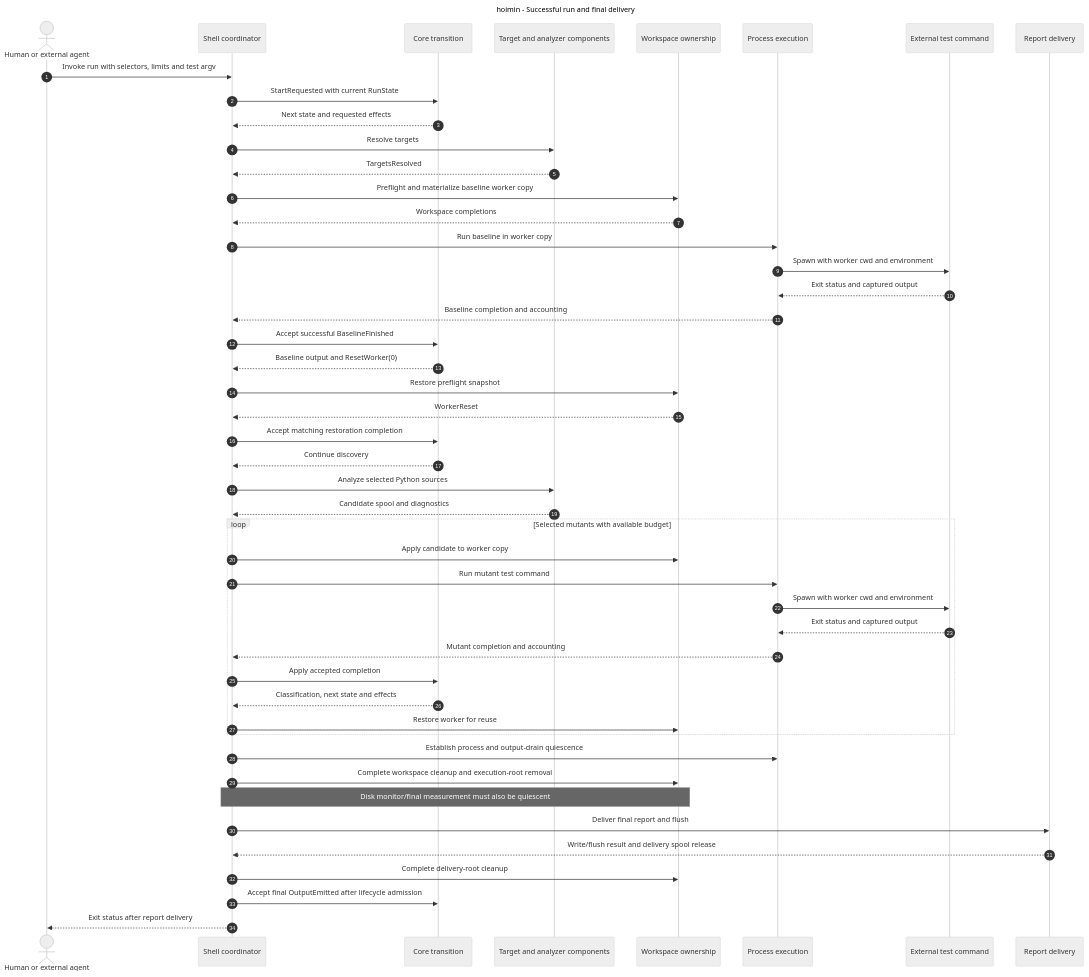
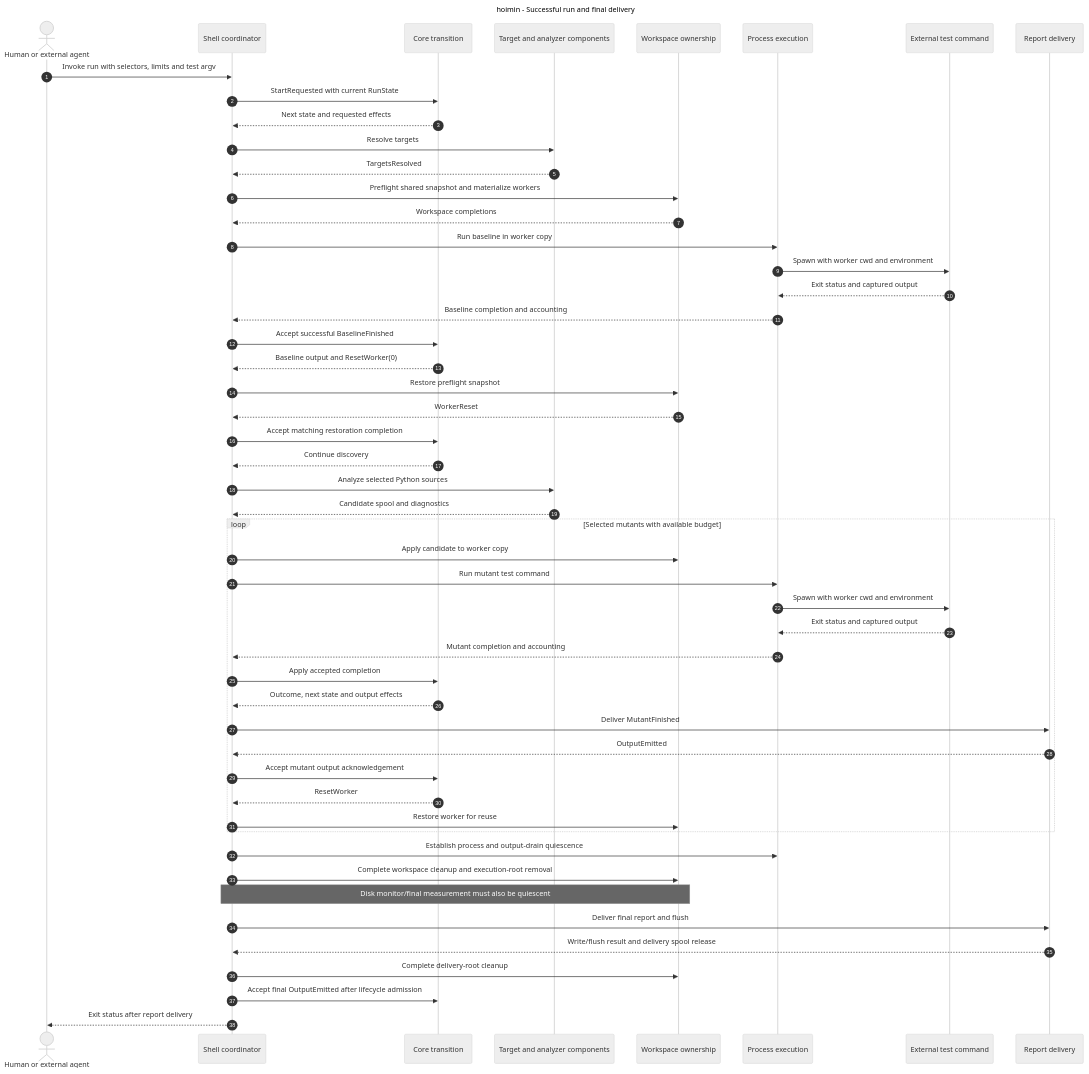
Before and after one commit to HayaoSuzuki/hoimin: the fifth of 5 diagrams in docs/architecture/c4-model.md, drawn with Mermaid (neutral theme). The commit also changed other lines of this file, not shown here.

Commit message:
docs: refresh C4 architecture after recent refactors (#1009)

````diff
--- a/docs/architecture/c4-model.md
+++ b/docs/architecture/c4-model.md
@@ -313,52 +426,56 @@
 ```mermaid
 ---
 title: hoimin - Successful run and final delivery
 ---
 sequenceDiagram
     autonumber
     actor Caller as Human or external agent
     participant Shell as Shell coordinator
     participant Core as Core transition
     participant Inputs as Target and analyzer components
     participant Workspace as Workspace ownership
     participant Process as Process execution
     participant Tests as External test command
     participant Report as Report delivery
     Caller->>Shell: Invoke run with selectors, limits and test argv
     Shell->>Core: StartRequested with current RunState
     Core-->>Shell: Next state and requested effects
     Shell->>Inputs: Resolve targets
     Inputs-->>Shell: TargetsResolved
-    Shell->>Workspace: Preflight and materialize baseline worker copy
+    Shell->>Workspace: Preflight shared snapshot and materialize workers
     Workspace-->>Shell: Workspace completions
     Shell->>Process: Run baseline in worker copy
     Process->>Tests: Spawn with worker cwd and environment
     Tests-->>Process: Exit status and captured output
     Process-->>Shell: Baseline completion and accounting
     Shell->>Core: Accept successful BaselineFinished
     Core-->>Shell: Baseline output and ResetWorker(0)
     Shell->>Workspace: Restore preflight snapshot
     Workspace-->>Shell: WorkerReset
     Shell->>Core: Accept matching restoration completion
     Core-->>Shell: Continue discovery
     Shell->>Inputs: Analyze selected Python sources
     Inputs-->>Shell: Candidate spool and diagnostics
     loop Selected mutants with available budget
         Shell->>Workspace: Apply candidate to worker copy
         Shell->>Process: Run mutant test command
         Process->>Tests: Spawn with worker cwd and environment
         Tests-->>Process: Exit status and captured output
         Process-->>Shell: Mutant completion and accounting
         Shell->>Core: Apply accepted completion
-        Core-->>Shell: Classification, next state and effects
+        Core-->>Shell: Outcome, next state and output effects
+        Shell->>Report: Deliver MutantFinished
+        Report-->>Shell: OutputEmitted
+        Shell->>Core: Accept mutant output acknowledgement
+        Core-->>Shell: ResetWorker
         Shell->>Workspace: Restore worker for reuse
     end
     Shell->>Process: Establish process and output-drain quiescence
     Shell->>Workspace: Complete workspace cleanup and execution-root removal
     Note over Shell,Workspace: Disk monitor/final measurement must also be quiescent
     Shell->>Report: Deliver final report and flush
     Report-->>Shell: Write/flush result and delivery spool release
     Shell->>Workspace: Complete delivery-root cleanup
     Shell->>Core: Accept final OutputEmitted after lifecycle admission
     Shell-->>Caller: Exit status after report delivery
 ```
````
